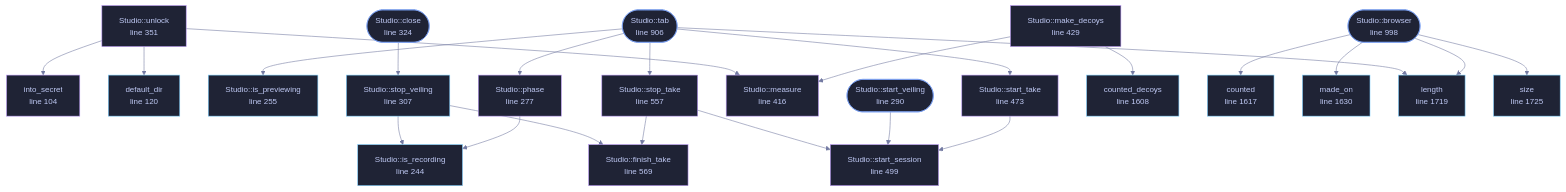
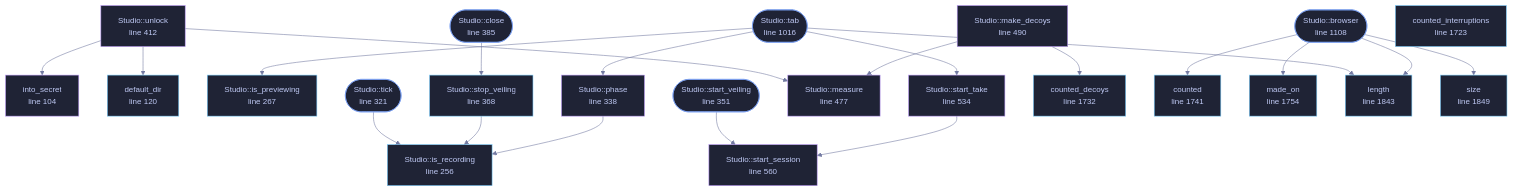
The diagram in docs/files/veilvoice-gui/studio.md (tilas01/veilvoice), drawn with Mermaid before and after one commit. The commit also changed other lines of this file and 61 other files, not shown here.

````diff
--- a/docs/files/veilvoice-gui/studio.md
+++ b/docs/files/veilvoice-gui/studio.md
@@ -168,76 +172,73 @@
 ```mermaid
 %%{init: {"theme":"base","themeVariables":{"background":"#1a1b26","primaryColor":"#1f2335","primaryTextColor":"#c0caf5","primaryBorderColor":"#7aa2f7","secondaryColor":"#16161e","tertiaryColor":"#16161e","lineColor":"#737aa2","textColor":"#c0caf5","mainBkg":"#1f2335","nodeBorder":"#7aa2f7","clusterBkg":"#16161e","clusterBorder":"#2f3549","fontFamily":"ui-monospace, SFMono-Regular, Consolas, monospace","fontSize":"14px"}}}%%
 flowchart TD
     n_into_secret["into_secret<br/>line 104"]
     n_default_dir["default_dir<br/>line 120"]
-    n_is_recording["Studio::is_recording<br/>line 244"]
-    n_is_previewing["Studio::is_previewing<br/>line 255"]
-    n_phase["Studio::phase<br/>line 277"]
-    n_start_veiling(["Studio::start_veiling<br/>line 290"])
-    n_stop_veiling["Studio::stop_veiling<br/>line 307"]
-    n_close(["Studio::close<br/>line 324"])
-    n_unlock["Studio::unlock<br/>line 351"]
-    n_measure["Studio::measure<br/>line 416"]
-    n_make_decoys["Studio::make_decoys<br/>line 429"]
-    n_start_take["Studio::start_take<br/>line 473"]
-    n_start_session["Studio::start_session<br/>line 499"]
-    n_stop_take["Studio::stop_take<br/>line 557"]
-    n_finish_take["Studio::finish_take<br/>line 569"]
-    n_tab(["Studio::tab<br/>line 906"])
-    n_browser(["Studio::browser<br/>line 998"])
-    n_counted_decoys["counted_decoys<br/>line 1608"]
-    n_counted["counted<br/>line 1617"]
-    n_made_on["made_on<br/>line 1630"]
-    n_length["length<br/>line 1719"]
-    n_size["size<br/>line 1725"]
+    n_is_recording["Studio::is_recording<br/>line 256"]
+    n_is_previewing["Studio::is_previewing<br/>line 267"]
+    n_tick(["Studio::tick<br/>line 321"])
+    n_phase["Studio::phase<br/>line 338"]
+    n_start_veiling(["Studio::start_veiling<br/>line 351"])
+    n_stop_veiling["Studio::stop_veiling<br/>line 368"]
+    n_close(["Studio::close<br/>line 385"])
+    n_unlock["Studio::unlock<br/>line 412"]
+    n_measure["Studio::measure<br/>line 477"]
+    n_make_decoys["Studio::make_decoys<br/>line 490"]
+    n_start_take["Studio::start_take<br/>line 534"]
+    n_start_session["Studio::start_session<br/>line 560"]
+    n_tab(["Studio::tab<br/>line 1016"])
+    n_browser(["Studio::browser<br/>line 1108"])
+    n_counted_interruptions["counted_interruptions<br/>line 1723"]
+    n_counted_decoys["counted_decoys<br/>line 1732"]
+    n_counted["counted<br/>line 1741"]
+    n_made_on["made_on<br/>line 1754"]
+    n_length["length<br/>line 1843"]
+    n_size["size<br/>line 1849"]
     n_browser --> n_counted
     n_browser --> n_length
     n_browser --> n_made_on
     n_browser --> n_size
     n_close --> n_stop_veiling
     n_make_decoys --> n_counted_decoys
     n_make_decoys --> n_measure
     n_phase --> n_is_recording
     n_start_take --> n_start_session
     n_start_veiling --> n_start_session
-    n_stop_take --> n_finish_take
-    n_stop_take --> n_start_session
-    n_stop_veiling --> n_finish_take
     n_stop_veiling --> n_is_recording
     n_tab --> n_is_previewing
     n_tab --> n_length
     n_tab --> n_phase
     n_tab --> n_start_take
-    n_tab --> n_stop_take
+    n_tick --> n_is_recording
     n_unlock --> n_default_dir
     n_unlock --> n_into_secret
     n_unlock --> n_measure
     click n_into_secret href "https://github.com/tilas01/veilvoice/blob/main/crates/veilvoice-gui/src/studio.rs#L104" "open the source"
     click n_default_dir href "https://github.com/tilas01/veilvoice/blob/main/crates/veilvoice-gui/src/studio.rs#L120" "open the source"
-    click n_is_recording href "https://github.com/tilas01/veilvoice/blob/main/crates/veilvoice-gui/src/studio.rs#L244" "open the source"
-    click n_is_previewing href "https://github.com/tilas01/veilvoice/blob/main/crates/veilvoice-gui/src/studio.rs#L255" "open the source"
-    click n_phase href "https://github.com/tilas01/veilvoice/blob/main/crates/veilvoice-gui/src/studio.rs#L277" "open the source"
-    click n_start_veiling href "https://github.com/tilas01/veilvoice/blob/main/crates/veilvoice-gui/src/studio.rs#L290" "open the source"
-    click n_stop_veiling href "https://github.com/tilas01/veilvoice/blob/main/crates/veilvoice-gui/src/studio.rs#L307" "open the source"
-    click n_close href "https://github.com/tilas01/veilvoice/blob/main/crates/veilvoice-gui/src/studio.rs#L324" "open the source"
-    click n_unlock href "https://github.com/tilas01/veilvoice/blob/main/crates/veilvoice-gui/src/studio.rs#L351" "open the source"
-    click n_measure href "https://github.com/tilas01/veilvoice/blob/main/crates/veilvoice-gui/src/studio.rs#L416" "open the source"
-    click n_make_decoys href "https://github.com/tilas01/veilvoice/blob/main/crates/veilvoice-gui/src/studio.rs#L429" "open the source"
-    click n_start_take href "https://github.com/tilas01/veilvoice/blob/main/crates/veilvoice-gui/src/studio.rs#L473" "open the source"
-    click n_start_session href "https://github.com/tilas01/veilvoice/blob/main/crates/veilvoice-gui/src/studio.rs#L499" "open the source"
-    click n_stop_take href "https://github.com/tilas01/veilvoice/blob/main/crates/veilvoice-gui/src/studio.rs#L557" "open the source"
-    click n_finish_take href "https://github.com/tilas01/veilvoice/blob/main/crates/veilvoice-gui/src/studio.rs#L569" "open the source"
-    click n_tab href "https://github.com/tilas01/veilvoice/blob/main/crates/veilvoice-gui/src/studio.rs#L906" "open the source"
-    click n_browser href "https://github.com/tilas01/veilvoice/blob/main/crates/veilvoice-gui/src/studio.rs#L998" "open the source"
-    click n_counted_decoys href "https://github.com/tilas01/veilvoice/blob/main/crates/veilvoice-gui/src/studio.rs#L1608" "open the source"
-    click n_counted href "https://github.com/tilas01/veilvoice/blob/main/crates/veilvoice-gui/src/studio.rs#L1617" "open the source"
-    click n_made_on href "https://github.com/tilas01/veilvoice/blob/main/crates/veilvoice-gui/src/studio.rs#L1630" "open the source"
-    click n_length href "https://github.com/tilas01/veilvoice/blob/main/crates/veilvoice-gui/src/studio.rs#L1719" "open the source"
-    click n_size href "https://github.com/tilas01/veilvoice/blob/main/crates/veilvoice-gui/src/studio.rs#L1725" "open the source"
+    click n_is_recording href "https://github.com/tilas01/veilvoice/blob/main/crates/veilvoice-gui/src/studio.rs#L256" "open the source"
+    click n_is_previewing href "https://github.com/tilas01/veilvoice/blob/main/crates/veilvoice-gui/src/studio.rs#L267" "open the source"
+    click n_tick href "https://github.com/tilas01/veilvoice/blob/main/crates/veilvoice-gui/src/studio.rs#L321" "open the source"
+    click n_phase href "https://github.com/tilas01/veilvoice/blob/main/crates/veilvoice-gui/src/studio.rs#L338" "open the source"
+    click n_start_veiling href "https://github.com/tilas01/veilvoice/blob/main/crates/veilvoice-gui/src/studio.rs#L351" "open the source"
+    click n_stop_veiling href "https://github.com/tilas01/veilvoice/blob/main/crates/veilvoice-gui/src/studio.rs#L368" "open the source"
+    click n_close href "https://github.com/tilas01/veilvoice/blob/main/crates/veilvoice-gui/src/studio.rs#L385" "open the source"
+    click n_unlock href "https://github.com/tilas01/veilvoice/blob/main/crates/veilvoice-gui/src/studio.rs#L412" "open the source"
+    click n_measure href "https://github.com/tilas01/veilvoice/blob/main/crates/veilvoice-gui/src/studio.rs#L477" "open the source"
+    click n_make_decoys href "https://github.com/tilas01/veilvoice/blob/main/crates/veilvoice-gui/src/studio.rs#L490" "open the source"
+    click n_start_take href "https://github.com/tilas01/veilvoice/blob/main/crates/veilvoice-gui/src/studio.rs#L534" "open the source"
+    click n_start_session href "https://github.com/tilas01/veilvoice/blob/main/crates/veilvoice-gui/src/studio.rs#L560" "open the source"
+    click n_tab href "https://github.com/tilas01/veilvoice/blob/main/crates/veilvoice-gui/src/studio.rs#L1016" "open the source"
+    click n_browser href "https://github.com/tilas01/veilvoice/blob/main/crates/veilvoice-gui/src/studio.rs#L1108" "open the source"
+    click n_counted_interruptions href "https://github.com/tilas01/veilvoice/blob/main/crates/veilvoice-gui/src/studio.rs#L1723" "open the source"
+    click n_counted_decoys href "https://github.com/tilas01/veilvoice/blob/main/crates/veilvoice-gui/src/studio.rs#L1732" "open the source"
+    click n_counted href "https://github.com/tilas01/veilvoice/blob/main/crates/veilvoice-gui/src/studio.rs#L1741" "open the source"
+    click n_made_on href "https://github.com/tilas01/veilvoice/blob/main/crates/veilvoice-gui/src/studio.rs#L1754" "open the source"
+    click n_length href "https://github.com/tilas01/veilvoice/blob/main/crates/veilvoice-gui/src/studio.rs#L1843" "open the source"
+    click n_size href "https://github.com/tilas01/veilvoice/blob/main/crates/veilvoice-gui/src/studio.rs#L1849" "open the source"
     classDef entry fill:#1f2335,stroke:#7aa2f7,color:#c0caf5
-    class n_start_veiling,n_close,n_tab,n_browser entry
+    class n_tick,n_start_veiling,n_close,n_tab,n_browser entry
     classDef api fill:#1f2335,stroke:#7dcfff,color:#c0caf5
-    class n_default_dir,n_is_recording,n_is_previewing,n_stop_veiling,n_counted_decoys,n_counted,n_made_on,n_length,n_size api
+    class n_default_dir,n_is_recording,n_is_previewing,n_stop_veiling,n_counted_interruptions,n_counted_decoys,n_counted,n_made_on,n_length,n_size api
     classDef helper fill:#1f2335,stroke:#bb9af7,color:#c0caf5
-    class n_into_secret,n_phase,n_unlock,n_measure,n_make_decoys,n_start_take,n_start_session,n_stop_take,n_finish_take helper
+    class n_into_secret,n_phase,n_unlock,n_measure,n_make_decoys,n_start_take,n_start_session helper
 ```
````
